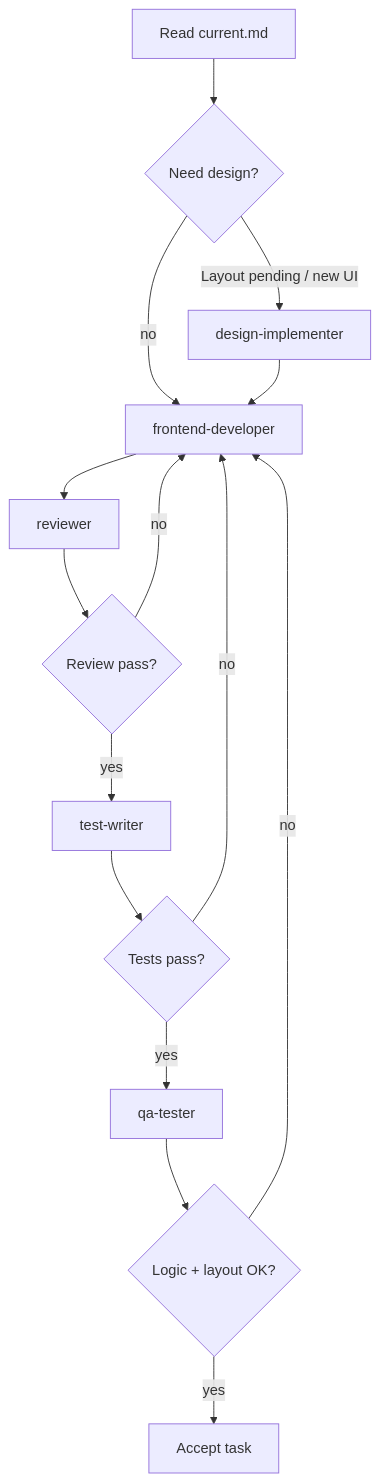
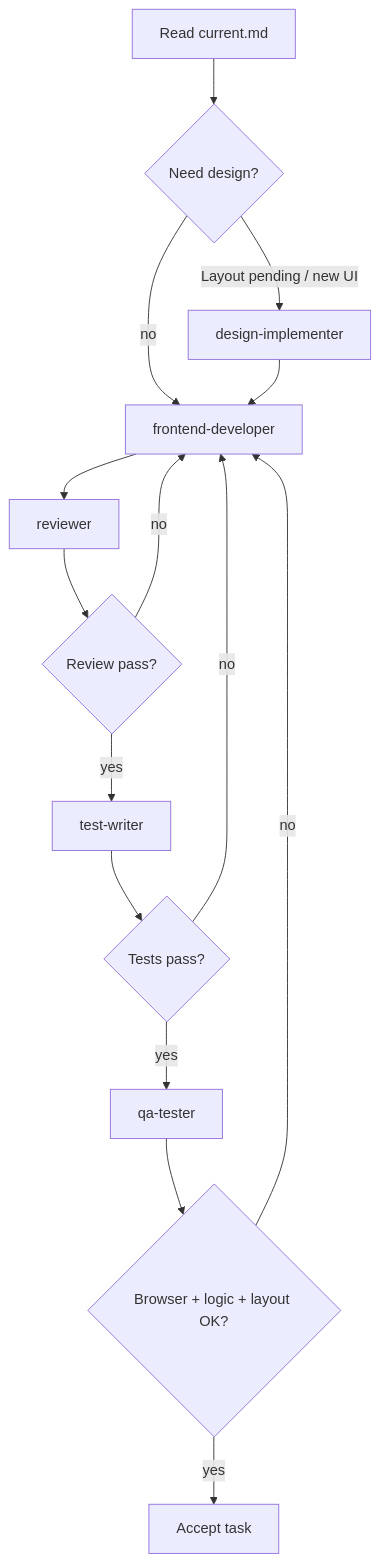
One commit to white5pace/bura-helper changed the diagram in .cursor/skills/team-orchestrator/SKILL.md. Above: the diagram before and after it, drawn with Mermaid. The commit also changed other lines of this file and 56 other files, not shown here.

````diff
--- a/.cursor/skills/team-orchestrator/SKILL.md
+++ b/.cursor/skills/team-orchestrator/SKILL.md
@@ -35,17 +37,17 @@
 ```mermaid
 flowchart TD
   START[Read current.md] --> DI{Need design?}
   DI -->|Layout pending / new UI| DI_A[design-implementer]
   DI -->|no| FE[frontend-developer]
   DI_A --> FE
   FE --> REV[reviewer]
   REV --> RF{Review pass?}
   RF -->|no| FE
   RF -->|yes| TW[test-writer]
   TW --> TF{Tests pass?}
   TF -->|no| FE
   TF -->|yes| QA[qa-tester]
-  QA --> QF{Logic + layout OK?}
+  QA --> QF{Browser + logic + layout OK?}
   QF -->|no| FE
   QF -->|yes| DONE[Accept task]
 ```
````
